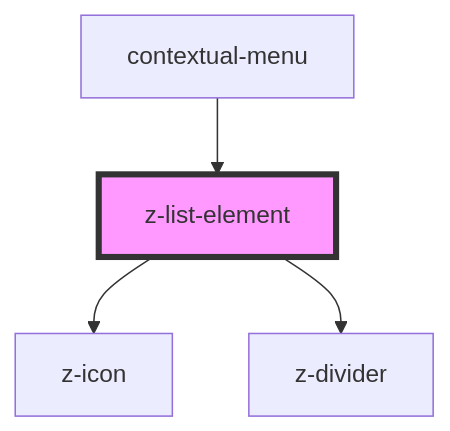
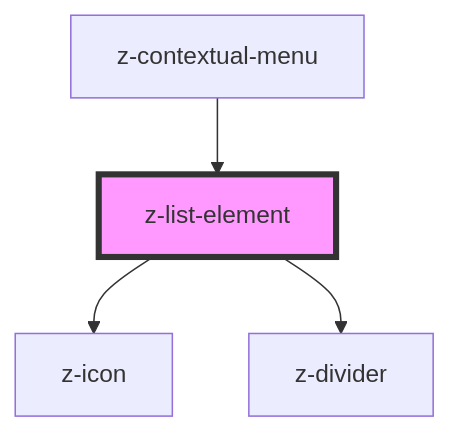
The diagram in src/components/list/z-list-element/readme.md (ZanichelliEditore/design-system), drawn with Mermaid before and after one commit. The commit also changed other lines of this file and 12 other files, not shown here.

````diff
--- a/src/components/list/z-list-element/readme.md
+++ b/src/components/list/z-list-element/readme.md
@@ -46,7 +46,7 @@
 ```mermaid
 graph TD;
   z-list-element --> z-icon
   z-list-element --> z-divider
-  contextual-menu --> z-list-element
+  z-contextual-menu --> z-list-element
   style z-list-element fill:#f9f,stroke:#333,stroke-width:4px
 ```
````
